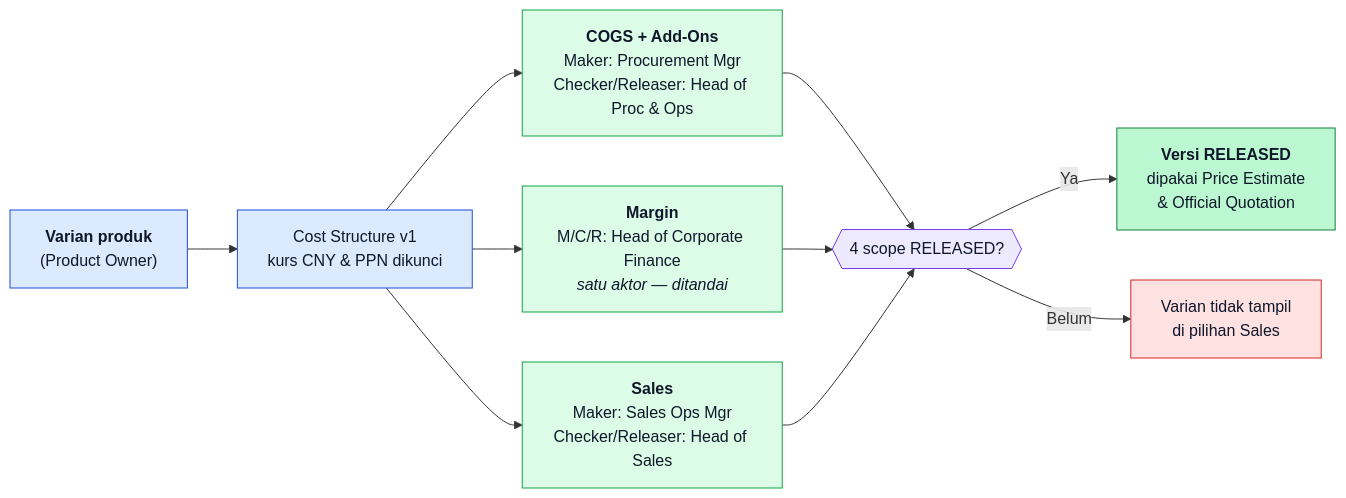
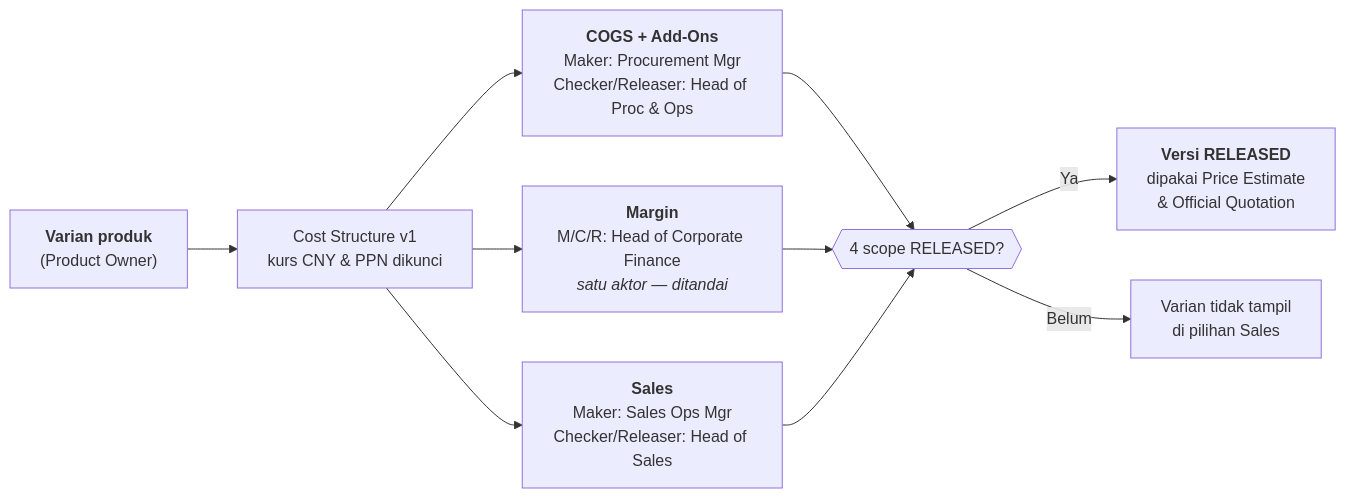
Before and after one commit to vince123890/dssvktr: the first of 4 diagrams in docs/DEMO-FLOW-OVERVIEW.md, drawn with Mermaid. The commit also changed other lines of this file and 31 other files, not shown here.

````diff
--- a/docs/DEMO-FLOW-OVERVIEW.md
+++ b/docs/DEMO-FLOW-OVERVIEW.md
@@ -98,25 +75,14 @@
 ```mermaid
 flowchart LR
     V["<b>Varian produk</b><br/>(Product Owner)"] --> CS["Cost Structure v1<br/>kurs CNY & PPN dikunci"]
 
     CS --> C1["<b>COGS + Add-Ons</b><br/>Maker: Procurement Mgr<br/>Checker/Releaser: Head of Proc & Ops"]
     CS --> C2["<b>Margin</b><br/>M/C/R: Head of Corporate Finance<br/><i>satu aktor — ditandai</i>"]
     CS --> C3["<b>Sales</b><br/>Maker: Sales Ops Mgr<br/>Checker/Releaser: Head of Sales"]
 
     C1 --> R{{"4 scope RELEASED?"}}
     C2 --> R
     C3 --> R
     R -->|Ya| OK["<b>Versi RELEASED</b><br/>dipakai Price Estimate<br/>& Official Quotation"]
     R -->|Belum| W["Varian tidak tampil<br/>di pilihan Sales"]
-
-    classDef prod fill:#dbeafe,stroke:#1d4ed8,color:#0f172a
-    classDef scope fill:#dcfce7,stroke:#16a34a,color:#0f172a
-    classDef gate fill:#ede9fe,stroke:#7c3aed,color:#0f172a
-    classDef ok fill:#bbf7d0,stroke:#15803d,color:#0f172a
-    classDef bad fill:#fee2e2,stroke:#dc2626,color:#0f172a
-    class V,CS prod
-    class C1,C2,C3 scope
-    class R gate
-    class OK ok
-    class W bad
 ```
````
